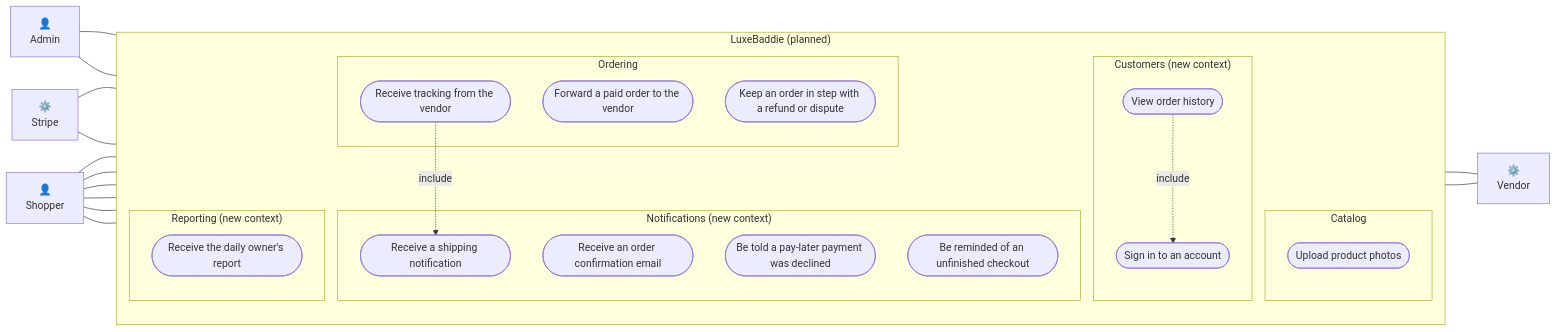
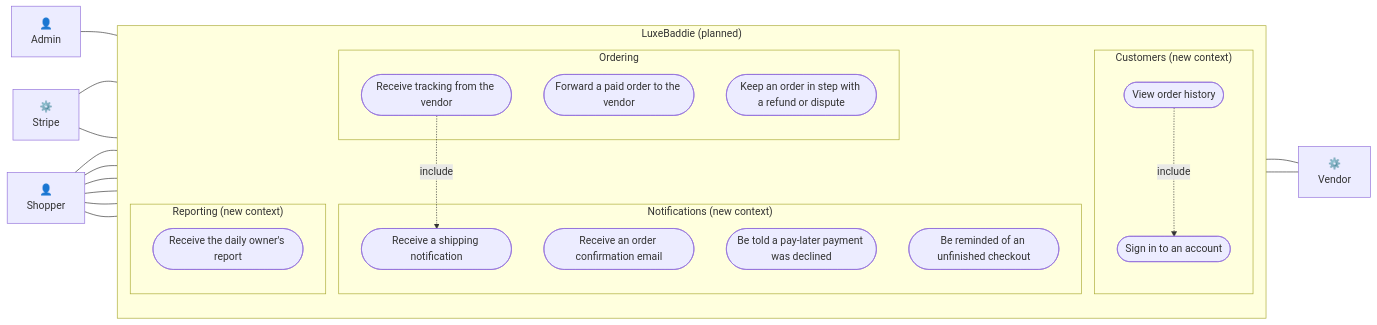
Before and after one commit to rossislike/luxebaddie: the third of 3 diagrams in docs/use-case-diagrams.md, drawn with Mermaid. The commit also changed other lines of this file and 31 other files, not shown here.

First line of the commit message:
Add product photo upload to the back office

````diff
--- a/docs/use-case-diagrams.md
+++ b/docs/use-case-diagrams.md
@@ -177,54 +180,49 @@
 ```mermaid
 flowchart LR
     shopper["👤<br/>Shopper"]
     admin["👤<br/>Admin"]
     vendor["⚙️<br/>Vendor"]
     stripe["⚙️<br/>Stripe"]
 
     subgraph system["LuxeBaddie (planned)"]
         direction TB
-
-        subgraph catalogCtx["Catalog"]
-            photos([Upload product photos])
-        end
 
         subgraph orderingCtx["Ordering"]
             tracking([Receive tracking from the vendor])
             forward([Forward a paid order to the vendor])
             refund([Keep an order in step with a refund or dispute])
         end
 
         subgraph notifyCtx["Notifications (new context)"]
             confirmEmail([Receive an order confirmation email])
             shipEmail([Receive a shipping notification])
             declined([Be told a pay-later payment was declined])
             abandoned([Be reminded of an unfinished checkout])
         end
 
         subgraph customerCtx["Customers (new context)"]
             account([Sign in to an account])
             history([View order history])
         end
 
         subgraph reportCtx["Reporting (new context)"]
             report([Receive the daily owner's report])
         end
     end
 
-    admin --- photos
     admin --- report
     forward --- vendor
     vendor --- tracking
     stripe --- refund
     stripe --- declined
 
     shopper --- confirmEmail
     shopper --- shipEmail
     shopper --- declined
     shopper --- abandoned
     shopper --- account
     shopper --- history
 
     tracking -. include .-> shipEmail
     history -. include .-> account
 ```
````
